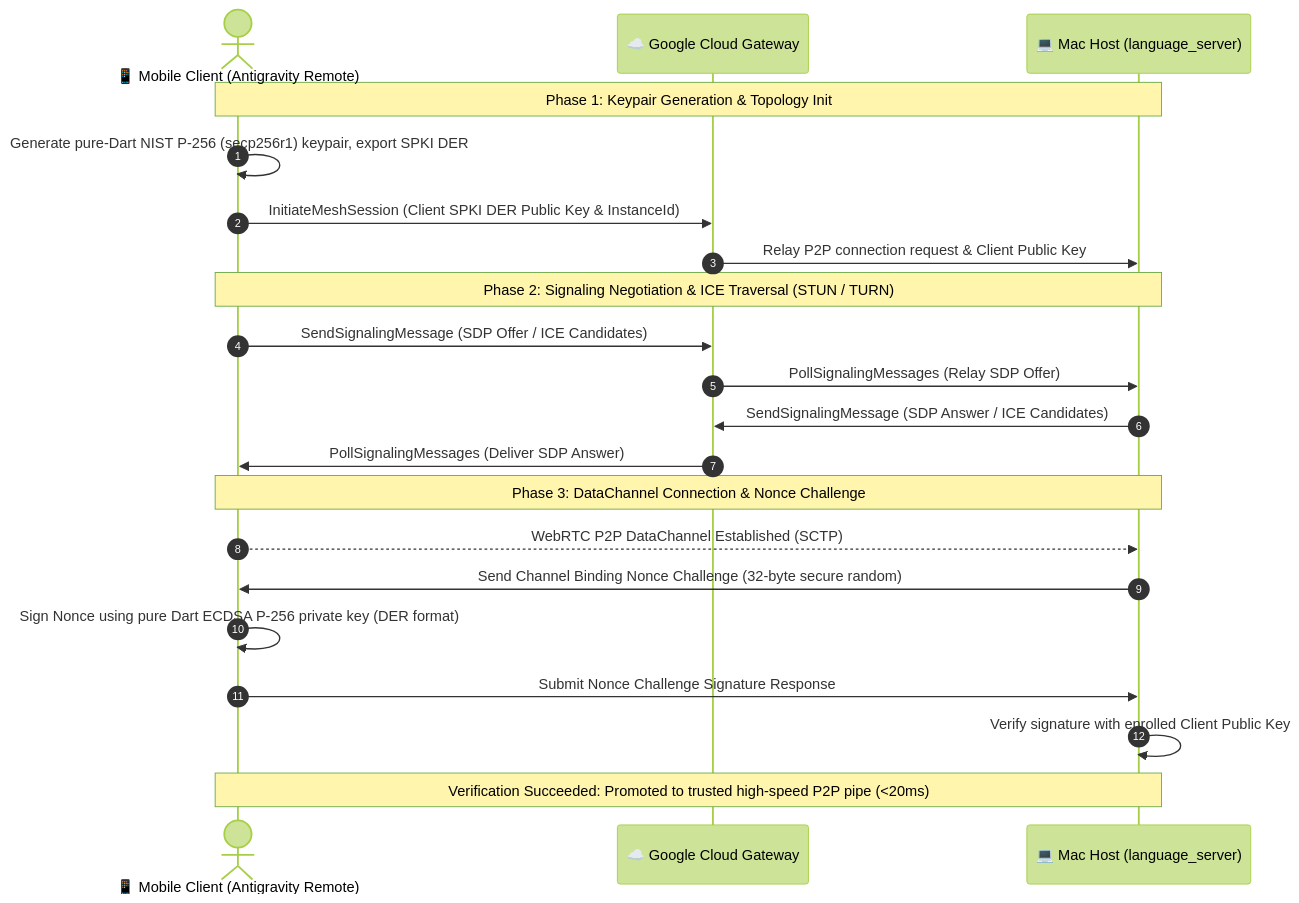
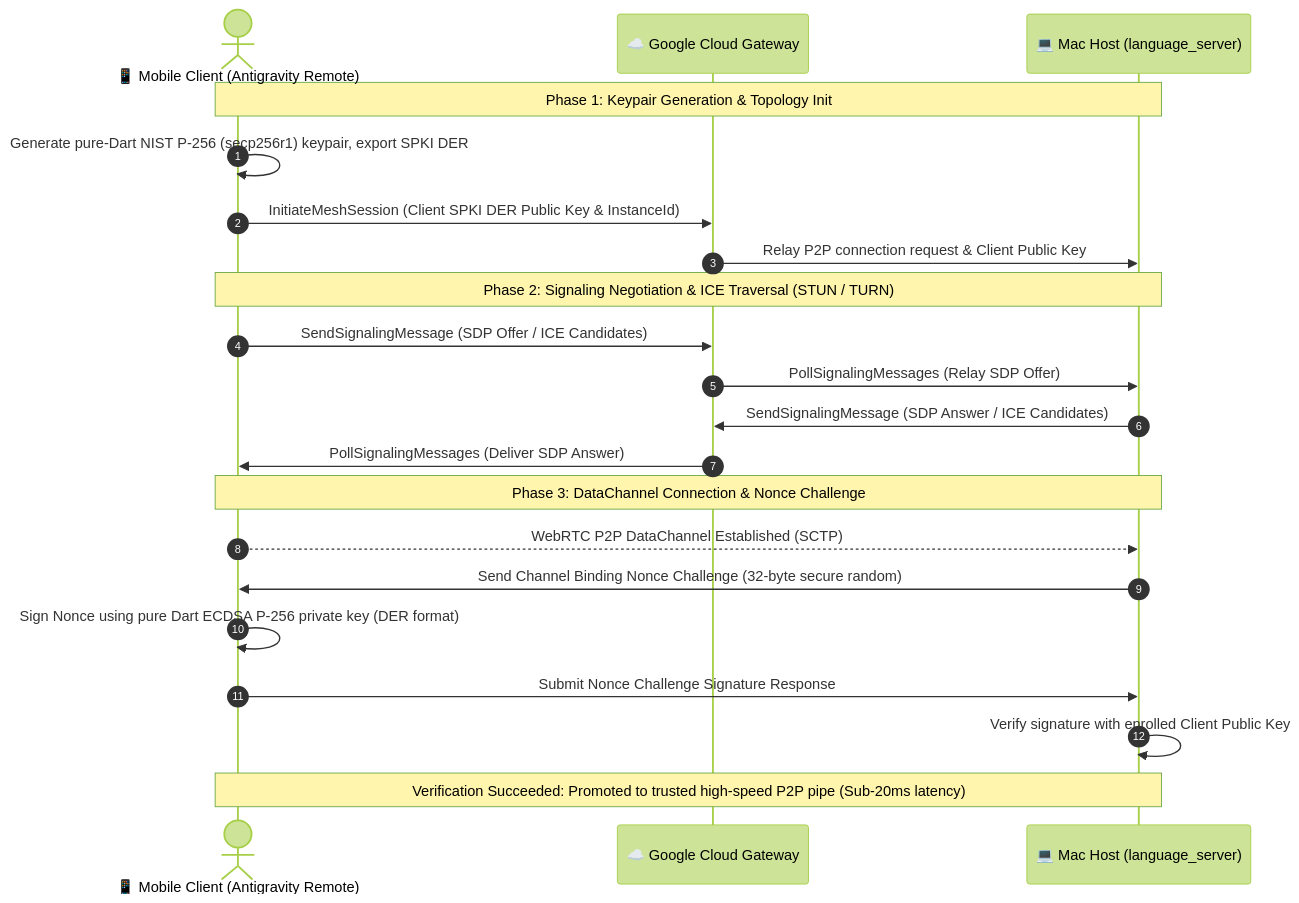
One commit to aa22396584/antigravity-remote changed the fourth of 4 diagrams in README.md. Above: the diagram before and after it, drawn with Mermaid (forest theme). The commit also changed other lines of this file and 9 other files, not shown here.

Commit message:
fix(docs): 修復目錄導航錨點、Mermaid 特殊字元與英文版層級，並更新高保真 Android 實機思考審批截圖

````diff
--- a/README.md
+++ b/README.md
@@ -390,26 +391,26 @@
 ```mermaid
 sequenceDiagram
     autonumber
     actor Client as 📱 Mobile Client (Antigravity Remote)
     participant Cloud as ☁️ Google Cloud Gateway
     participant Host as 💻 Mac Host (language_server)
 
     Note over Client,Host: Phase 1: Keypair Generation & Topology Init
     Client->>Client: Generate pure-Dart NIST P-256 (secp256r1) keypair, export SPKI DER
     Client->>Cloud: InitiateMeshSession (Client SPKI DER Public Key & InstanceId)
     Cloud->>Host: Relay P2P connection request & Client Public Key
 
     Note over Client,Host: Phase 2: Signaling Negotiation & ICE Traversal (STUN / TURN)
     Client->>Cloud: SendSignalingMessage (SDP Offer / ICE Candidates)
     Cloud->>Host: PollSignalingMessages (Relay SDP Offer)
     Host->>Cloud: SendSignalingMessage (SDP Answer / ICE Candidates)
     Cloud->>Client: PollSignalingMessages (Deliver SDP Answer)
 
     Note over Client,Host: Phase 3: DataChannel Connection & Nonce Challenge
     Client-->>Host: WebRTC P2P DataChannel Established (SCTP)
     Host->>Client: Send Channel Binding Nonce Challenge (32-byte secure random)
     Client->>Client: Sign Nonce using pure Dart ECDSA P-256 private key (DER format)
     Client->>Host: Submit Nonce Challenge Signature Response
     Host->>Host: Verify signature with enrolled Client Public Key
-    Note over Client,Host: Verification Succeeded: Promoted to trusted high-speed P2P pipe (<20ms)
+    Note over Client,Host: Verification Succeeded: Promoted to trusted high-speed P2P pipe (Sub-20ms latency)
 ```
````
